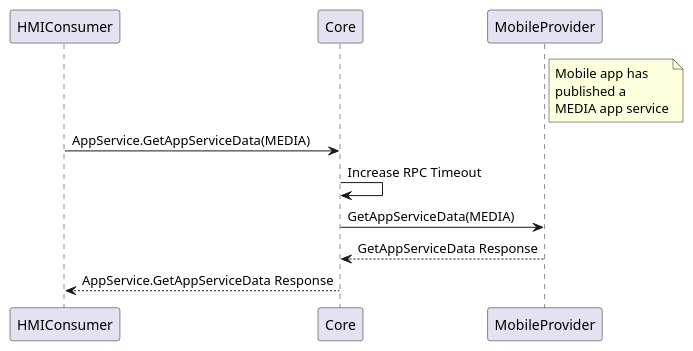
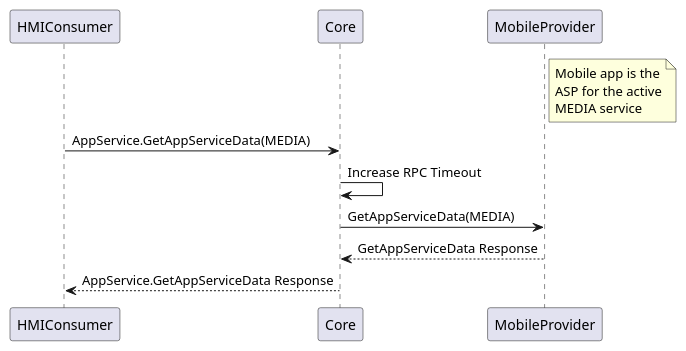
One commit to smartdevicelink/sdl_hmi_integration_guidelines changed the diagram in docs/AppService/GetAppServiceData/assets/GetAppServiceData_HMI_ASC.puml. Above: the diagram before and after it, drawn with PlantUML. The commit also changed 16 other files, not shown here.

```diff
--- a/docs/AppService/GetAppServiceData/assets/GetAppServiceData_HMI_ASC.puml
+++ b/docs/AppService/GetAppServiceData/assets/GetAppServiceData_HMI_ASC.puml
@@ -1,14 +1,14 @@
 @startuml GetAppServiceData_HMI_ASC
 participant HMIConsumer
 participant Core
 participant MobileProvider
 
-note right of MobileProvider: Mobile app has\npublished a\nMEDIA app service
+note right of MobileProvider: Mobile app is the\nASP for the active\nMEDIA service
 
 HMIConsumer -> Core: AppService.GetAppServiceData(MEDIA)
 Core -> Core : Increase RPC Timeout
 Core -> MobileProvider: GetAppServiceData(MEDIA)
 MobileProvider --> Core: GetAppServiceData Response
 Core --> HMIConsumer: AppService.GetAppServiceData Response
 
 @enduml
```
